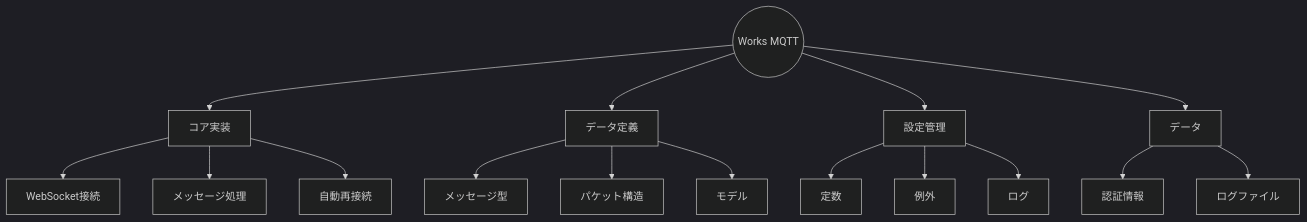
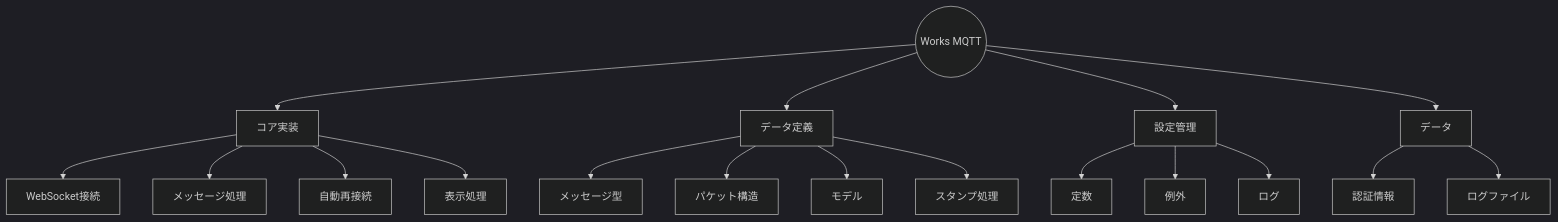
The first of 3 diagrams in STRUCTURE.md (nezumi0627/works-wss), drawn with Mermaid (dark theme) before and after one commit. The commit also changed other lines of this file and 22 other files, not shown here.

````diff
--- a/STRUCTURE.md
+++ b/STRUCTURE.md
@@ -5,28 +37,30 @@
 ```mermaid
 graph TD;
     root((Works MQTT));
     core[コア実装];
     data[データ定義];
     config[設定管理];
     files[データ];
 
     root-->core;
     root-->data;
     root-->config;
     root-->files;
 
     core-->ws[WebSocket接続];
     core-->msg[メッセージ処理];
     core-->reconnect[自動再接続];
+    core-->display[表示処理];
 
     data-->msgtype[メッセージ型];
     data-->packet[パケット構造];
     data-->model[モデル];
+    data-->sticker[スタンプ処理];
 
     config-->const[定数];
     config-->exc[例外];
     config-->log[ログ];
 
     files-->auth[認証情報];
     files-->logfile[ログファイル];
 ```
````
